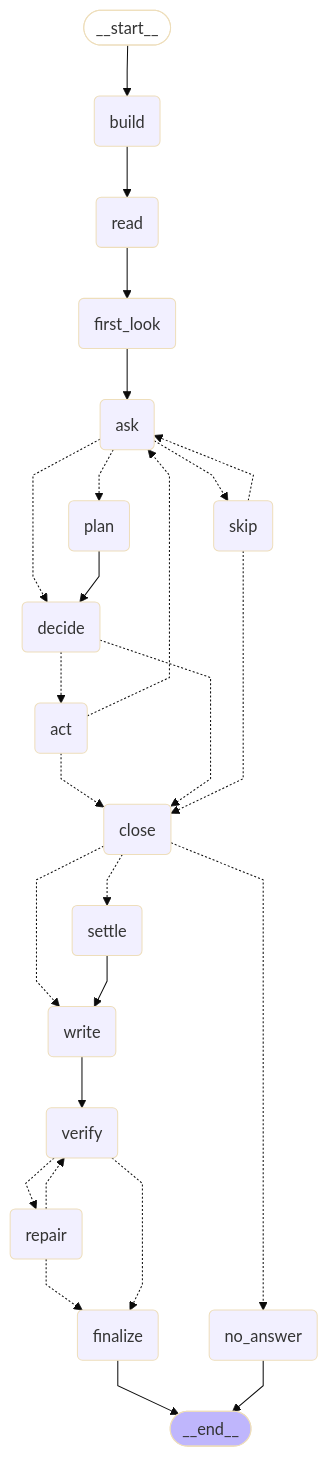
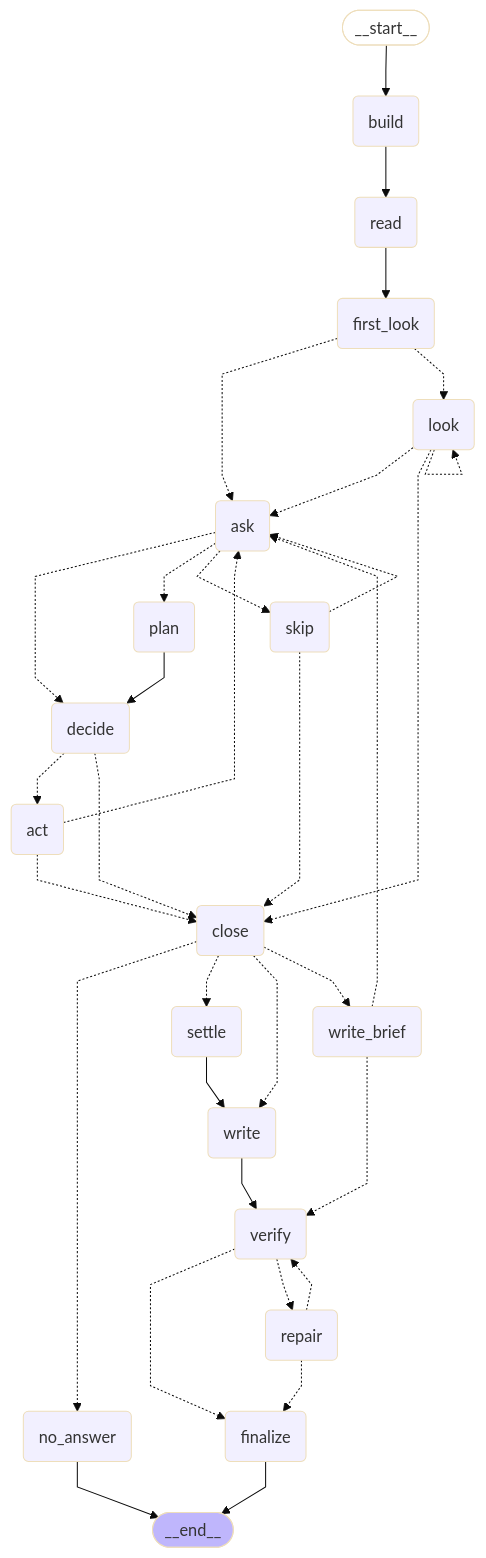
The diagram in docs/graph.mmd (sambalshikhar/PetroHarness), drawn with Mermaid (base theme) before and after one commit. The commit also changed 148 other files, not shown here.

```diff
--- a/docs/graph.mmd
+++ b/docs/graph.mmd
@@ -1,51 +1,60 @@
 ---
 config:
   flowchart:
     curve: linear
 ---
 graph TD;
 	__start__([<p>__start__</p>]):::first
 	build(build)
 	read(read)
 	first_look(first_look)
+	look(look)
 	ask(ask)
 	skip(skip)
 	plan(plan)
 	decide(decide)
 	act(act)
 	close(close)
 	no_answer(no_answer)
 	settle(settle)
+	write_brief(write_brief)
 	write(write)
 	verify(verify)
 	repair(repair)
 	finalize(finalize)
 	__end__([<p>__end__</p>]):::last
 	__start__ --> build;
 	act -.-> ask;
 	act -.-> close;
 	ask -.-> decide;
 	ask -.-> plan;
 	ask -.-> skip;
 	build --> read;
 	close -.-> no_answer;
 	close -.-> settle;
 	close -.-> write;
+	close -.-> write_brief;
 	decide -.-> act;
 	decide -.-> close;
-	first_look --> ask;
+	first_look -.-> ask;
+	first_look -.-> look;
+	look -.-> ask;
+	look -.-> close;
 	plan --> decide;
 	read --> first_look;
 	repair -.-> finalize;
 	repair -.-> verify;
 	settle --> write;
 	skip -.-> ask;
 	skip -.-> close;
 	verify -.-> finalize;
 	verify -.-> repair;
 	write --> verify;
+	write_brief -.-> ask;
+	write_brief -.-> verify;
 	finalize --> __end__;
 	no_answer --> __end__;
+	look -.-> look;
 	classDef default fill:#f2f0ff,line-height:1.2
 	classDef first fill-opacity:0
 	classDef last fill:#bfb6fc
```
